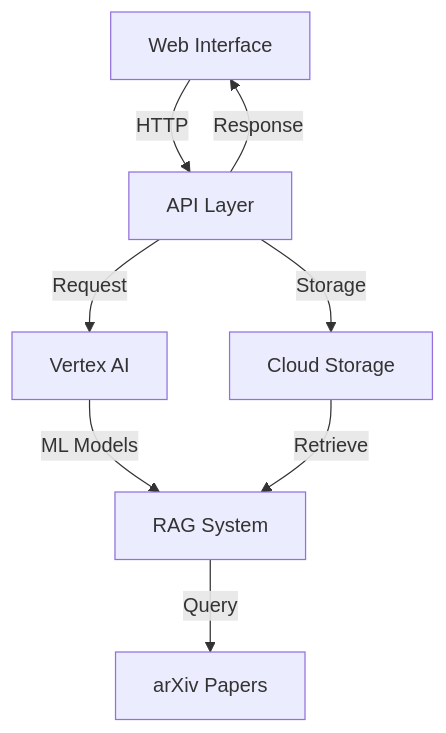
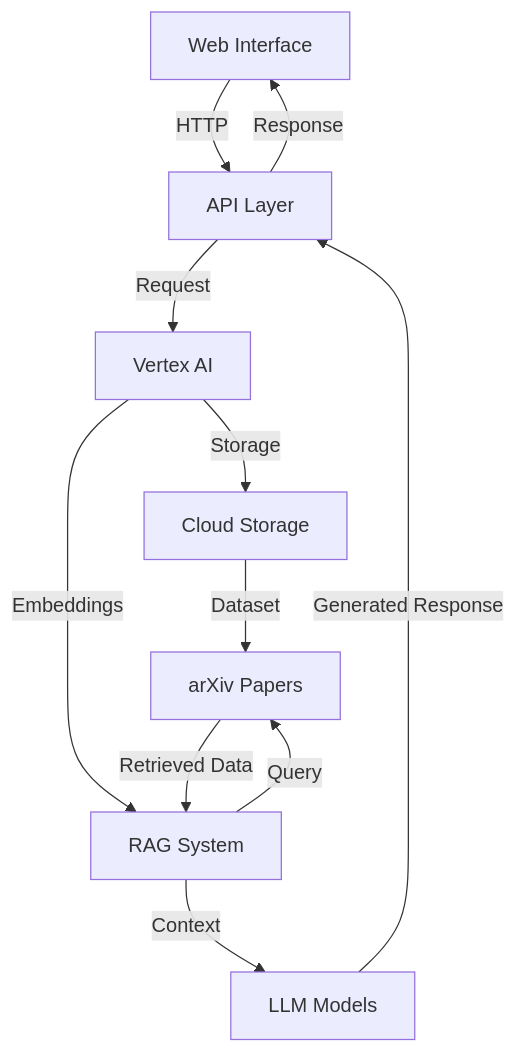
The diagram in README.md (AdityaS8804/InspireItv2), drawn with Mermaid before and after one commit. The commit also changed other lines of this file, not shown here.

````diff
--- a/README.md
+++ b/README.md
@@ -14,10 +16,13 @@
 ```mermaid
 graph TD
     UI[Web Interface] --> |HTTP| API[API Layer]
     API --> |Request| VAI[Vertex AI]
-    API --> |Storage| GCS[Cloud Storage]
-    VAI --> |ML Models| RAG[RAG System]
+    VAI --> |Storage| GCS[Cloud Storage]
+    GCS --> |Dataset| ARXIV[arXiv Papers]
+    VAI --> |Embeddings| RAG[RAG System]
     RAG --> |Query| ARXIV[arXiv Papers]
-    GCS --> |Retrieve| RAG
+    ARXIV --> |Retrieved Data| RAG
+    RAG --> |Context| LLM[LLM Models]
+    LLM --> |Generated Response| API
     API --> |Response| UI
 ```
````
